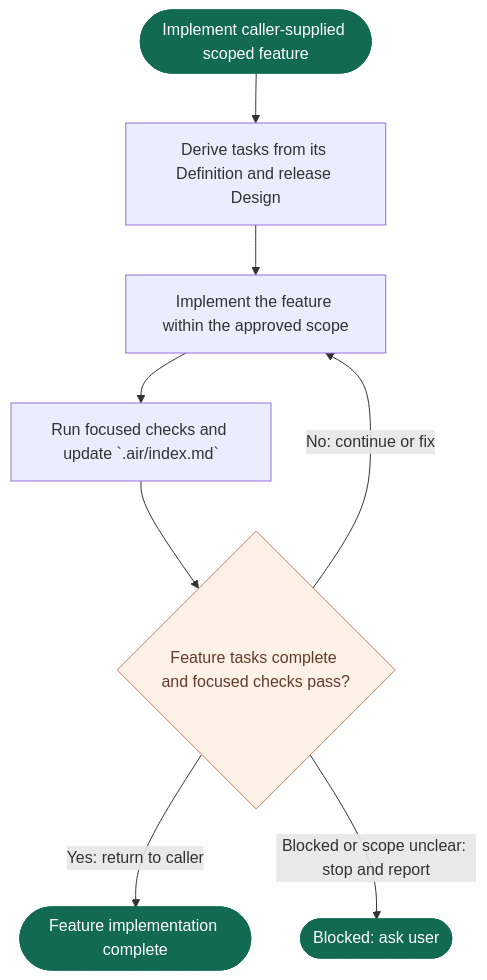
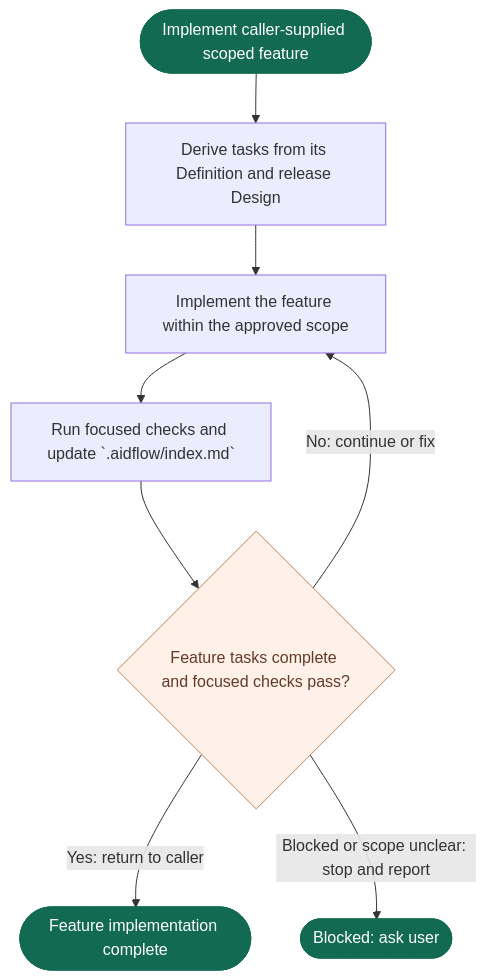
One commit to vanlangenlabs/aidflow changed the diagram in flows/implementation.mmd. Above: the diagram before and after it, drawn with Mermaid. The commit also changed 23 other files, not shown here.

Commit message:
Rename AIRFlow to AIDFlow and migrate workspace paths

```diff
--- a/flows/implementation.mmd
+++ b/flows/implementation.mmd
@@ -1,29 +1,29 @@
 flowchart TD
     start([Implement caller-supplied scoped feature]) --> plan[Derive tasks from its Definition and release Design]
-%% @airflow-context plan
+%% @aidflow-context plan
 %% Caller supplies feature ID, new-work/rework mode and any findings. Keep that
 %% target throughout this call; do not select a different feature. Use its approved Definition and the currently approved
-%% release Design. Record the active feature/node and next action in `.air/index.md`;
+%% release Design. Record the active feature/node and next action in `.aidflow/index.md`;
 %% create external tasks only when a tracker is configured and authorized.
 
 %% Feature transitions owned by this phase:
 %% - `selected` -> `implementing`: Current Definition, scope and Design approvals permit implementation.
 %% - `implementing` -> `verifying`: Tasks and focused checks pass against current inputs.
 %% - `verifying` / `verified` -> `implementing`: Evidence identifies required code repair; current approvals still permit implementation. Invalidate affected checks.
-%% @end-airflow-context
+%% @end-aidflow-context
     plan --> implement[Implement the feature within the approved scope]
-%% @airflow-context implement
+%% @aidflow-context implement
 %% Work autonomously on routine implementation decisions within approved scope.
 %% Do not pause for routine coding choices. Pause for unclear/conflicting
 %% requirements, blockers, scope changes or unauthorized side effects.
-%% @end-airflow-context
-    implement --> checks[Run focused checks and update `.air/index.md`]
+%% @end-aidflow-context
+    implement --> checks[Run focused checks and update `.aidflow/index.md`]
     checks --> complete{Feature tasks complete and focused checks pass?}
     complete -- No: continue or fix --> implement
     complete -- Yes: return to caller --> implementationComplete([Feature implementation complete])
     complete -- Blocked or scope unclear: stop and report --> blocked([Blocked: ask user])
 
     classDef boundary fill:#126a52,color:#ffffff,stroke:#126a52
     class start,implementationComplete,blocked boundary
     classDef approval fill:#fff0e8,color:#633b2c,stroke:#c68162
     class complete approval
```
